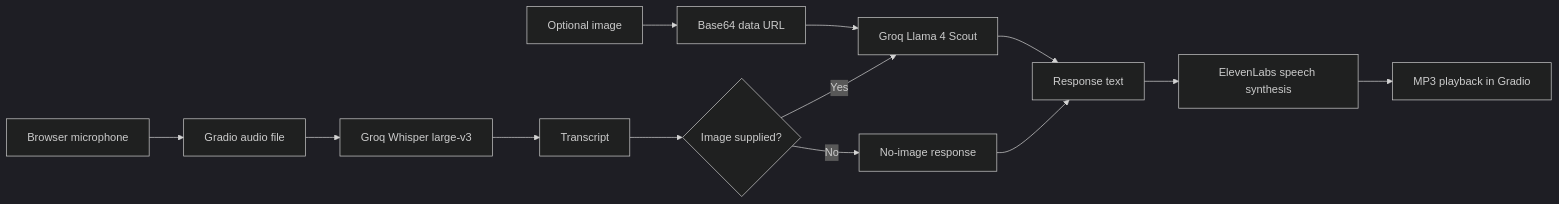
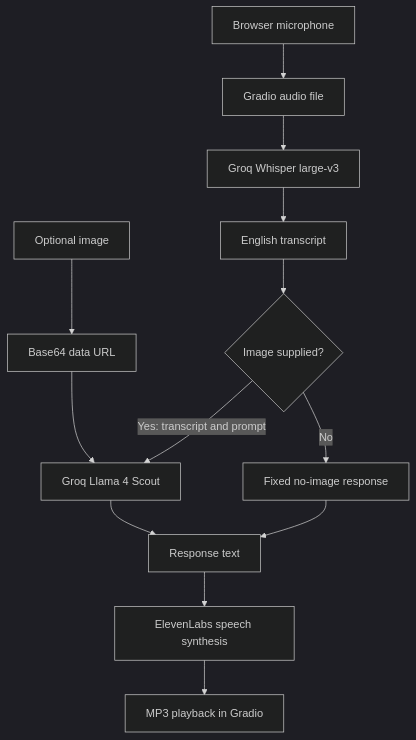
The diagram in README.md (vinayak533/AI-Medical-Voice-Vision-Assistant), drawn with Mermaid (dark theme) before and after one commit. The commit also changed other lines of this file, not shown here.

````diff
--- a/README.md
+++ b/README.md
@@ -37,15 +69,15 @@
 ```mermaid
-flowchart LR
+flowchart TD
     A[Browser microphone] --> B[Gradio audio file]
     B --> C[Groq Whisper large-v3]
-    C --> D[Transcript]
+    C --> D[English transcript]
     D --> E{Image supplied?}
     I[Optional image] --> J[Base64 data URL]
     J --> F[Groq Llama 4 Scout]
-    E -->|Yes| F
-    E -->|No| G[No-image response]
+    E -->|Yes: transcript and prompt| F
+    E -->|No| G[Fixed no-image response]
     F --> H[Response text]
     G --> H
     H --> K[ElevenLabs speech synthesis]
     K --> L[MP3 playback in Gradio]
 ```
````
